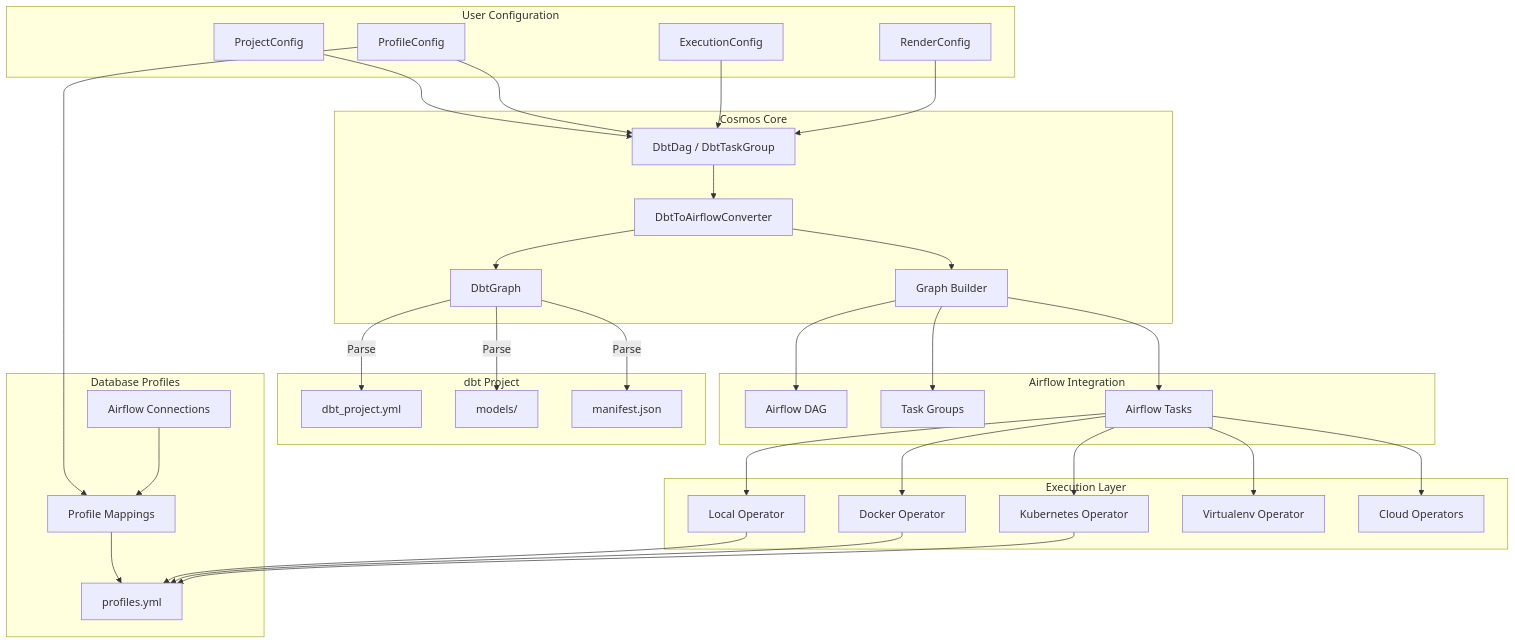
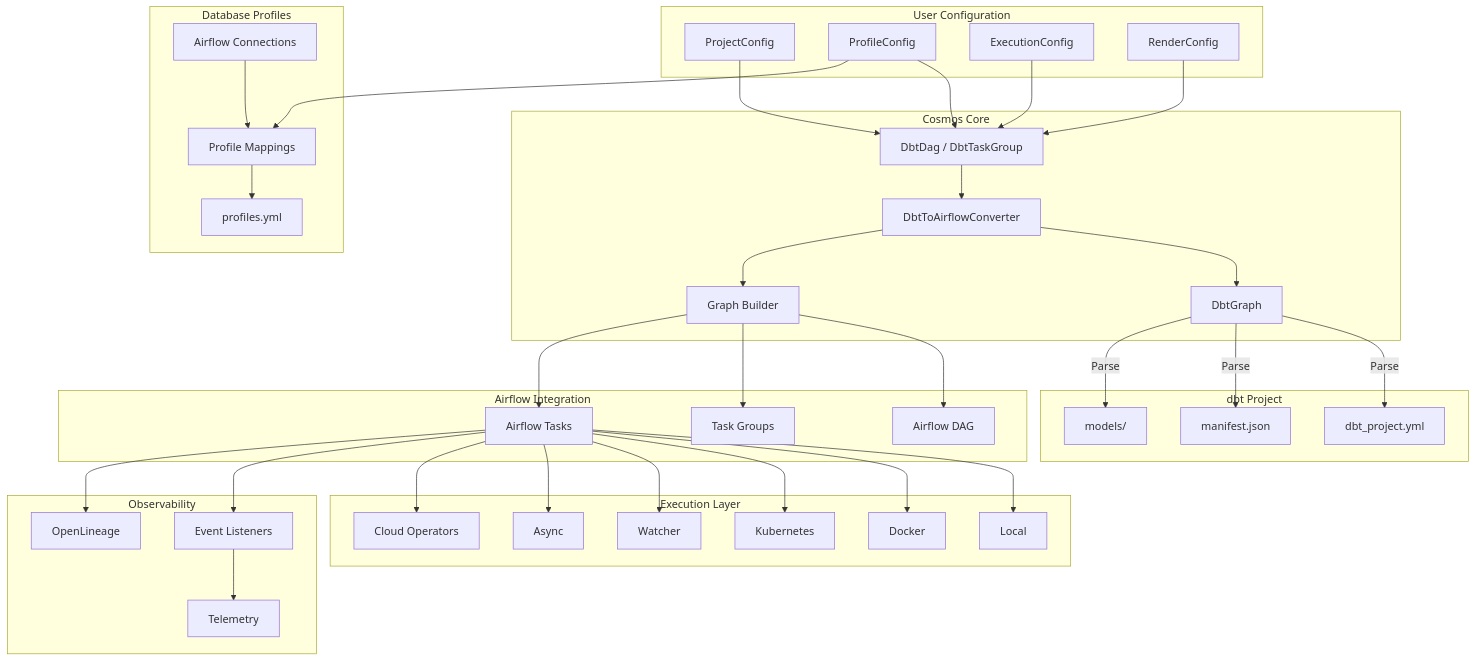
Before and after one commit to josix/astronomer-cosmos: the first of 28 diagrams in docs/ARCHITECTURE.md, drawn with Mermaid. The commit also changed other lines of this file, not shown here.

First line of the commit message:
docs: Update architecture documentation with v1.12 features

````diff
--- a/docs/ARCHITECTURE.md
+++ b/docs/ARCHITECTURE.md
@@ -36,72 +44,80 @@
 ```mermaid
 graph TB
     subgraph "User Configuration"
         PC[ProjectConfig]
         PFC[ProfileConfig]
         EC[ExecutionConfig]
         RC[RenderConfig]
     end
 
     subgraph "Cosmos Core"
         DD[DbtDag / DbtTaskGroup]
         CONV[DbtToAirflowConverter]
         DG[DbtGraph]
         GB[Graph Builder]
     end
 
     subgraph "dbt Project"
         PROJ[dbt_project.yml]
         MODELS[models/]
         MANIFEST[manifest.json]
     end
 
     subgraph "Airflow Integration"
         DAG[Airflow DAG]
         TG[Task Groups]
         TASKS[Airflow Tasks]
     end
 
     subgraph "Execution Layer"
-        LOCAL[Local Operator]
-        DOCKER[Docker Operator]
-        K8S[Kubernetes Operator]
-        VENV[Virtualenv Operator]
+        LOCAL[Local]
+        DOCKER[Docker]
+        K8S[Kubernetes]
+        WATCHER[Watcher]
+        ASYNC[Async]
         CLOUD[Cloud Operators]
+    end
+
+    subgraph "Observability"
+        LISTENERS[Event Listeners]
+        TELEMETRY[Telemetry]
+        LINEAGE[OpenLineage]
     end
 
     subgraph "Database Profiles"
         PM[Profile Mappings]
         CONN[Airflow Connections]
         PROFILES[profiles.yml]
     end
 
     PC --> DD
     PFC --> DD
     EC --> DD
     RC --> DD
 
     DD --> CONV
     CONV --> DG
     DG --> |Parse| PROJ
     DG --> |Parse| MANIFEST
     DG --> |Parse| MODELS
 
     CONV --> GB
     GB --> DAG
     GB --> TG
     GB --> TASKS
 
     TASKS --> LOCAL
     TASKS --> DOCKER
     TASKS --> K8S
-    TASKS --> VENV
+    TASKS --> WATCHER
+    TASKS --> ASYNC
     TASKS --> CLOUD
 
     PFC --> PM
     CONN --> PM
     PM --> PROFILES
 
-    LOCAL --> PROFILES
-    DOCKER --> PROFILES
-    K8S --> PROFILES
+    TASKS --> LISTENERS
+    LISTENERS --> TELEMETRY
+    TASKS --> LINEAGE
 ```
````
